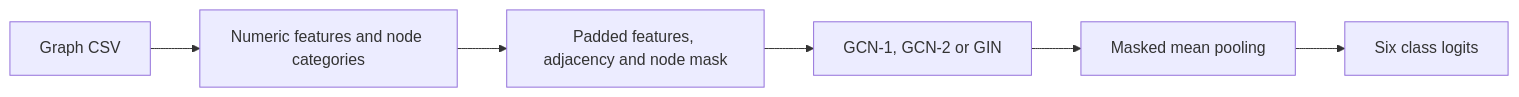
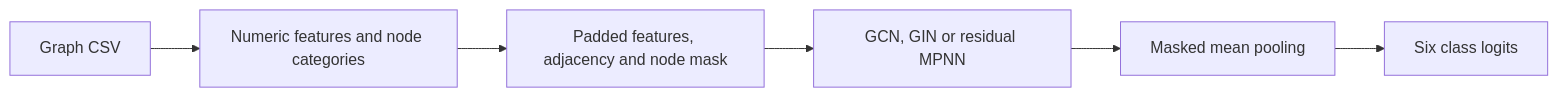
The diagram in README.md (EnzoPicarel/enzyme-graph-classifier), drawn with Mermaid before and after one commit. The commit also changed other lines of this file and 3 other files, not shown here.

Commit message:
docs: report residual graph benchmark results

````diff
--- a/README.md
+++ b/README.md
@@ -40,8 +40,8 @@
 ```mermaid
 flowchart LR
     A[Graph CSV] --> B[Numeric features and node categories]
     B --> C[Padded features, adjacency and node mask]
-    C --> D[GCN-1, GCN-2 or GIN]
+    C --> D[GCN, GIN or residual MPNN]
     D --> E[Masked mean pooling]
     E --> F[Six class logits]
 ```
````
